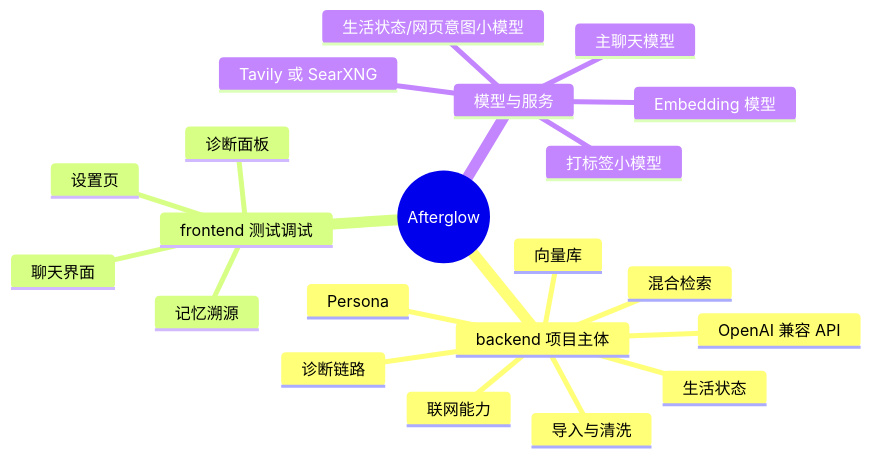
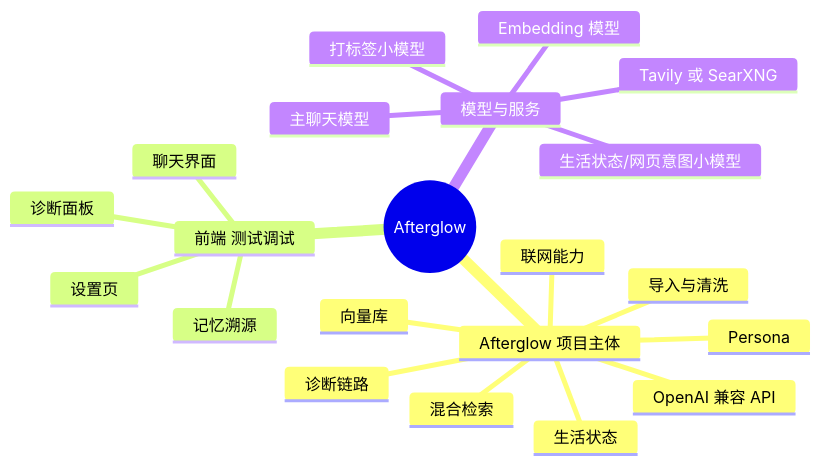
The second of 2 diagrams in README.md (GuDong2003/Afterglow), drawn with Mermaid before and after one commit. The commit also changed other lines of this file, not shown here.

````diff
--- a/README.md
+++ b/README.md
@@ -96,24 +96,24 @@
 ```mermaid
 mindmap
   root((Afterglow))
-    backend 项目主体
+    Afterglow 项目主体
       导入与清洗
       向量库
       混合检索
       Persona
       生活状态
       联网能力
       OpenAI 兼容 API
       诊断链路
-    frontend 测试调试
+    前端 测试调试
       聊天界面
       记忆溯源
       设置页
       诊断面板
     模型与服务
       主聊天模型
       Embedding 模型
       打标签小模型
       生活状态/网页意图小模型
       Tavily 或 SearXNG
 ```
````
